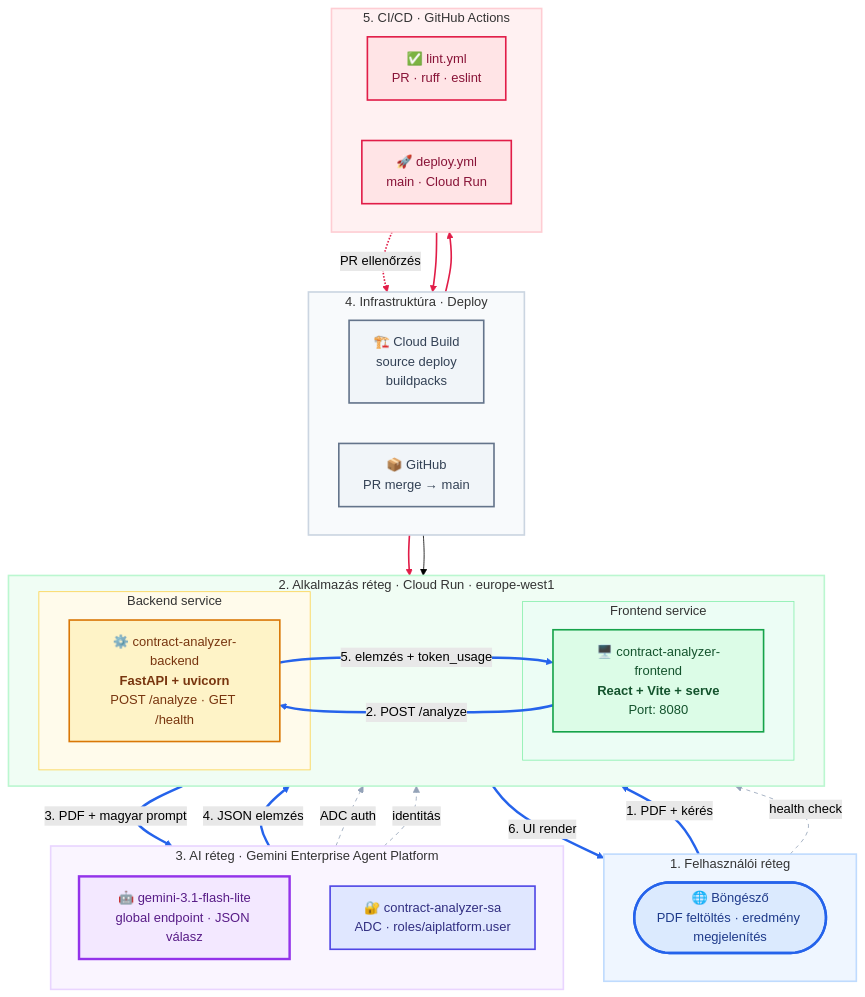
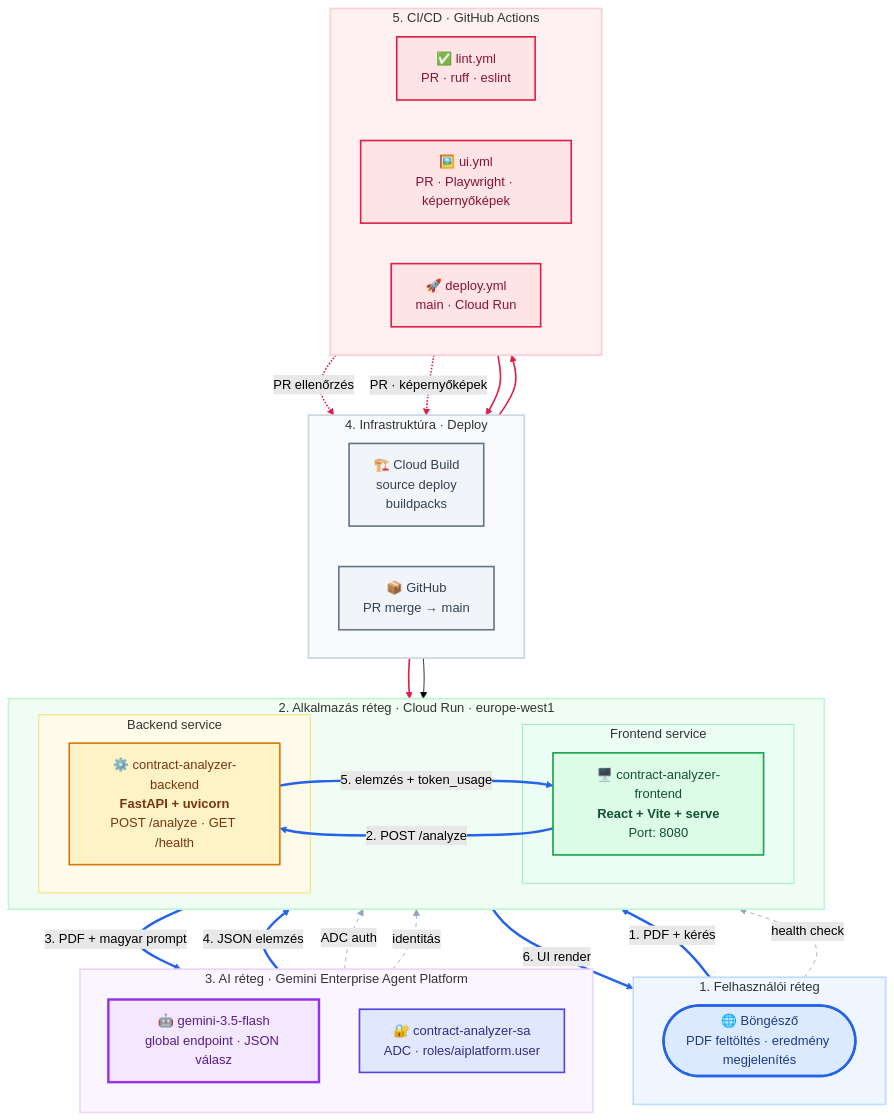
The second of 6 diagrams in README.md (cloudsteak/trn-gcp-ai-contract-analyzer), drawn with Mermaid (forest theme) before and after one commit. The commit also changed other lines of this file and 25 other files, not shown here.

````diff
--- a/README.md
+++ b/README.md
@@ -281,80 +281,82 @@
 ```mermaid
 flowchart TB
     subgraph L1["1. Felhasználói réteg"]
         direction LR
         Browser(["🌐 Böngésző<br/>PDF feltöltés · eredmény megjelenítés"])
     end
 
     subgraph L2["2. Alkalmazás réteg · Cloud Run · europe-west1"]
         direction LR
         subgraph CR_FE["Frontend service"]
             FE["🖥️ contract-analyzer-frontend<br/><b>React + Vite + serve</b><br/>Port: 8080"]
         end
         subgraph CR_BE["Backend service"]
             BE["⚙️ contract-analyzer-backend<br/><b>FastAPI + uvicorn</b><br/>POST /analyze · GET /health"]
         end
     end
 
     subgraph L3["3. AI réteg · Gemini Enterprise Agent Platform"]
         direction TB
-        GEAP["🤖 gemini-3.1-flash-lite<br/>global endpoint · JSON válasz"]
+        GEAP["🤖 gemini-3.5-flash<br/>global endpoint · JSON válasz"]
         SA["🔐 contract-analyzer-sa<br/>ADC · roles/aiplatform.user"]
     end
 
     subgraph L4["4. Infrastruktúra · Deploy"]
         direction LR
         CB["🏗️ Cloud Build<br/>source deploy<br/>buildpacks"]
         GH["📦 GitHub<br/>PR merge → main"]
     end
 
     subgraph L5["5. CI/CD · GitHub Actions"]
         direction LR
         Lint["✅ lint.yml<br/>PR · ruff · eslint"]
+        UI["🖼️ ui.yml<br/>PR · Playwright · képernyőképek"]
         Deploy["🚀 deploy.yml<br/>main · Cloud Run"]
     end
 
     Browser ==>|"1. PDF + kérés"| FE
     FE ==>|"2. POST /analyze"| BE
     BE ==>|"3. PDF + magyar prompt"| GEAP
     GEAP ==>|"4. JSON elemzés"| BE
     BE ==>|"5. elemzés + token_usage"| FE
     FE ==>|"6. UI render"| Browser
 
     Browser -.->|"health check"| BE
     SA -.->|"ADC auth"| BE
     SA -.->|"identitás"| FE
 
     GH --> Deploy
     Lint -.->|"PR ellenőrzés"| GH
+    UI -.->|"PR · képernyőképek"| GH
     Deploy --> CB
     CB --> FE
     CB --> BE
 
     classDef client fill:#DBEAFE,stroke:#2563EB,stroke-width:3px,color:#1E3A8A,rx:12,ry:12
     classDef frontend fill:#DCFCE7,stroke:#16A34A,stroke-width:2px,color:#14532D
     classDef backend fill:#FEF3C7,stroke:#D97706,stroke-width:2px,color:#78350F
     classDef ai fill:#F3E8FF,stroke:#9333EA,stroke-width:3px,color:#581C87
     classDef security fill:#E0E7FF,stroke:#4F46E5,stroke-width:2px,color:#312E81
     classDef infra fill:#F1F5F9,stroke:#64748B,stroke-width:2px,color:#334155
     classDef cicd fill:#FFE4E6,stroke:#E11D48,stroke-width:2px,color:#881337
 
     class Browser client
     class FE frontend
     class BE backend
     class GEAP ai
     class SA security
     class CB,GH infra
-    class Lint,Deploy cicd
+    class Lint,Deploy,UI cicd
 
     linkStyle 0,1,2,3,4,5 stroke:#2563EB,stroke-width:3px
     linkStyle 6,7,8 stroke:#94A3B8,stroke-width:1px,stroke-dasharray:5
-    linkStyle 9,10,11,12 stroke:#E11D48,stroke-width:2px
+    linkStyle 9,10,11,12,13 stroke:#E11D48,stroke-width:2px
 
     style L1 fill:#EFF6FF,stroke:#BFDBFE,stroke-width:2px
     style L2 fill:#F0FDF4,stroke:#BBF7D0,stroke-width:2px
     style L3 fill:#FAF5FF,stroke:#E9D5FF,stroke-width:2px
     style L4 fill:#F8FAFC,stroke:#CBD5E1,stroke-width:2px
     style L5 fill:#FFF1F2,stroke:#FECDD3,stroke-width:2px
     style CR_FE fill:#ECFDF5,stroke:#86EFAC,stroke-width:1px
     style CR_BE fill:#FFFBEB,stroke:#FCD34D,stroke-width:1px
 ```
````
